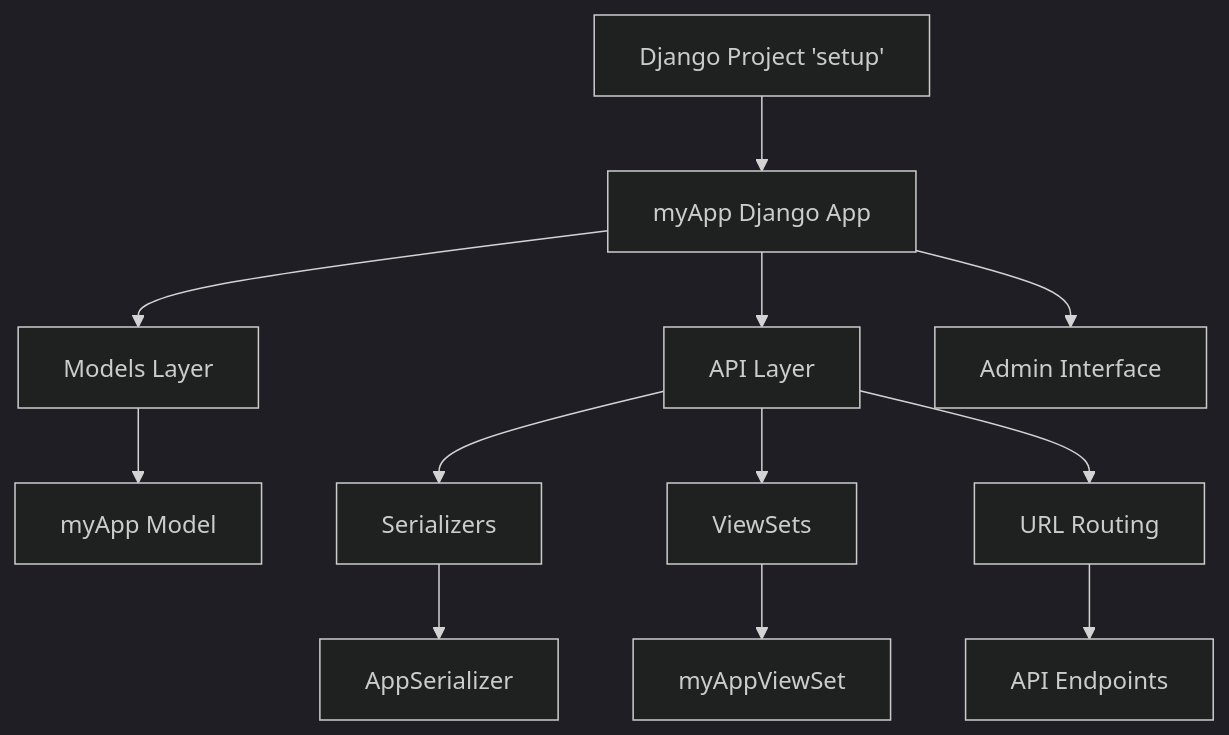
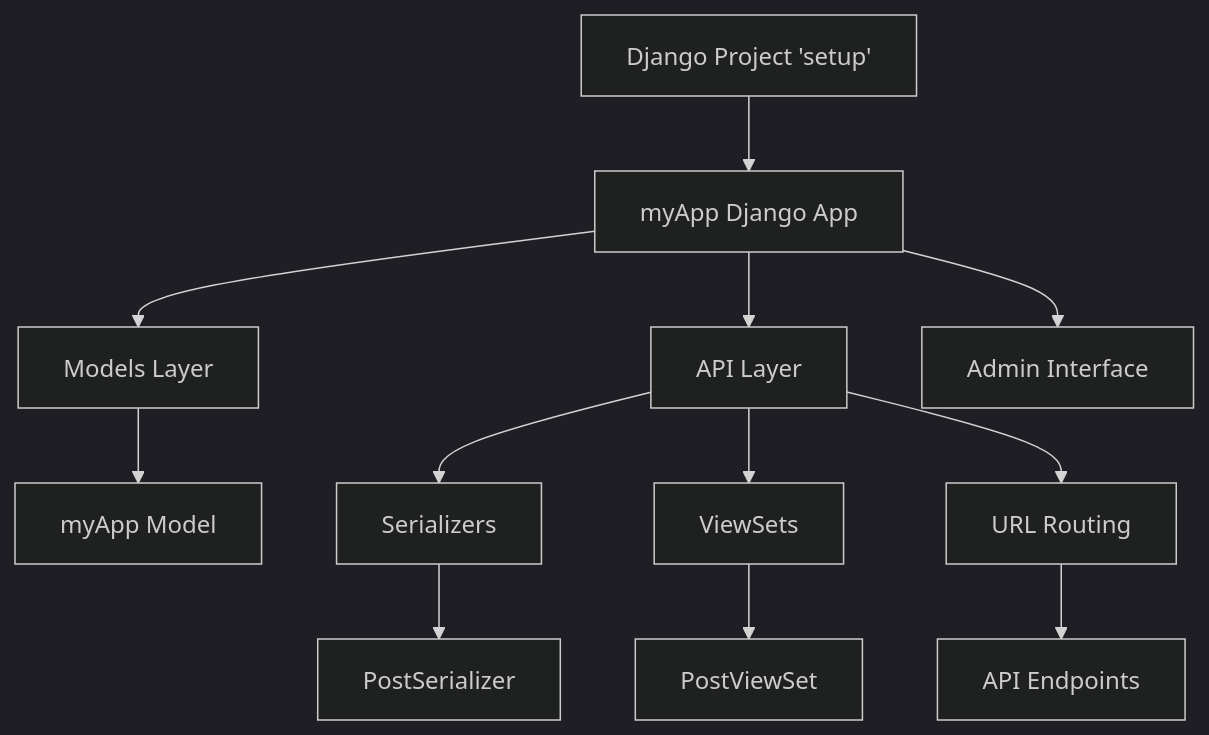
Before and after one commit to josevitor555/first-django-react: the first of 9 diagrams in .qoder/quests/design-document.md, drawn with Mermaid (dark theme). The commit also changed other lines of this file, not shown here.

````diff
--- a/.qoder/quests/design-document.md
+++ b/.qoder/quests/design-document.md
@@ -32,16 +32,16 @@
 ```mermaid
 graph TB
     A[Django Project 'setup'] --> B[myApp Django App]
     B --> C[Models Layer]
     B --> D[API Layer]
     B --> E[Admin Interface]
     
     C --> F[myApp Model]
     D --> G[Serializers]
     D --> H[ViewSets]
     D --> I[URL Routing]
     
-    G --> J[AppSerializer]
-    H --> K[myAppViewSet]
+    G --> J[PostSerializer]
+    H --> K[PostViewSet]
     I --> L[API Endpoints]
 ```
````
